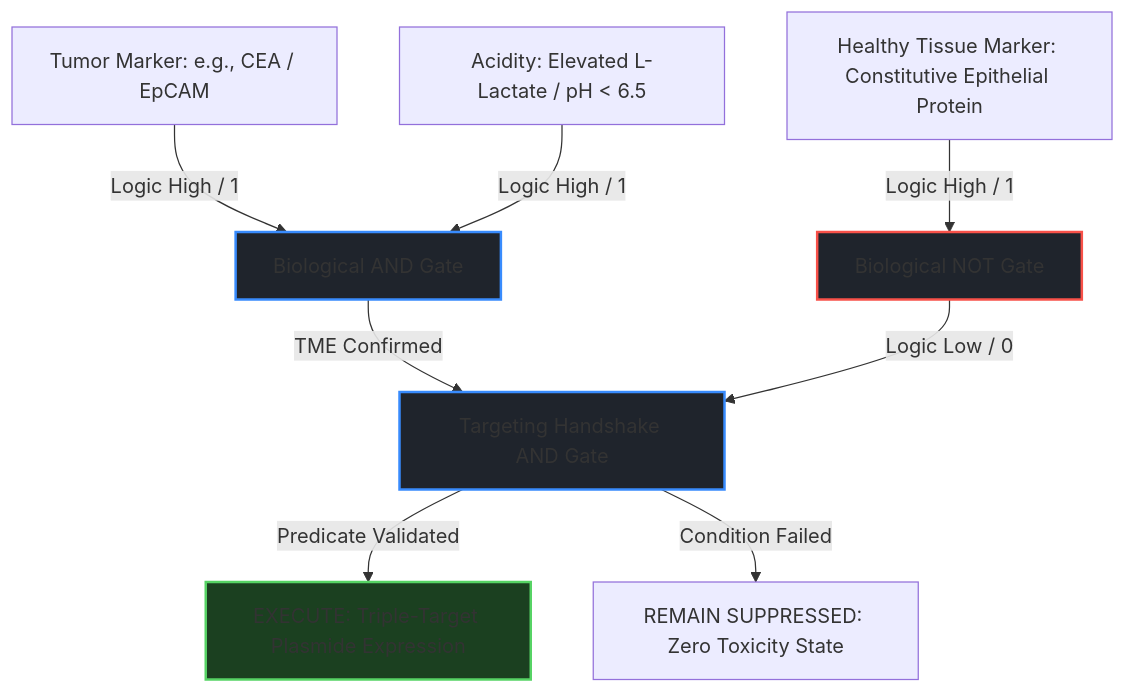
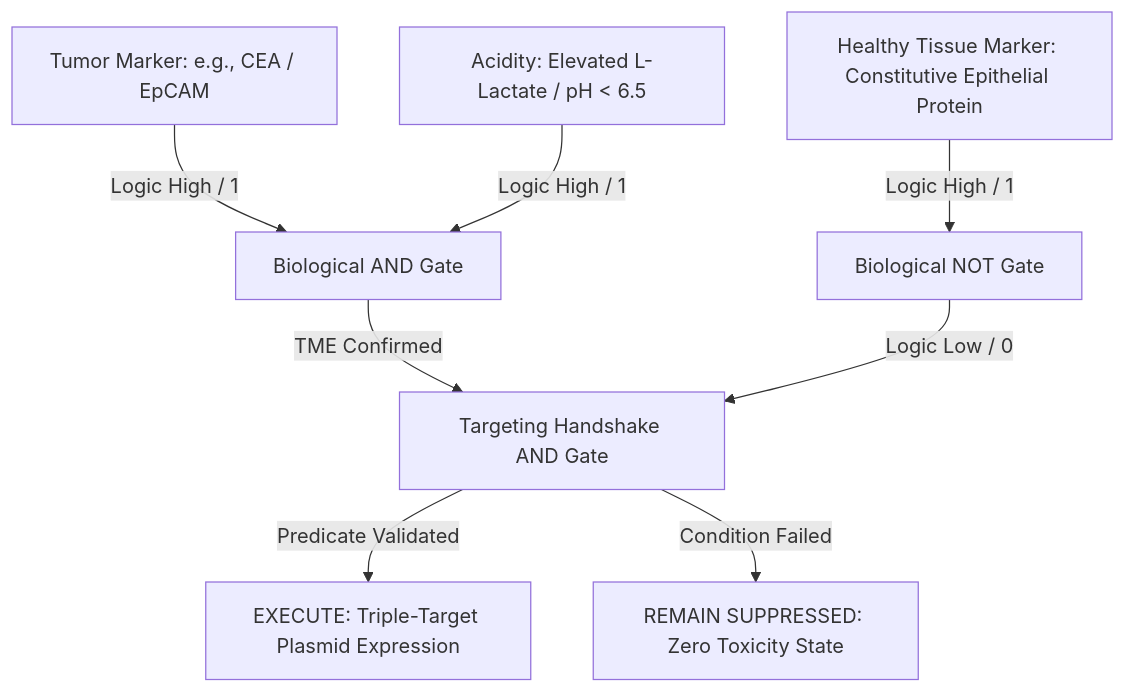
Before and after one commit to ST3PH-X/onco-target-plasmid: the diagram in README.md, drawn with Mermaid. The commit also changed other lines of this file, not shown here.

````diff
--- a/README.md
+++ b/README.md
@@ -22,22 +24,17 @@
 ```mermaid
 graph TD
     %% Input nodes
     In_A[Tumor Marker: e.g., CEA / EpCAM] -->|Logic High / 1| Gate_AND1[Biological AND Gate]
     In_B[Acidity: Elevated L-Lactate / pH < 6.5] -->|Logic High / 1| Gate_AND1
     
     %% First level gate
     Gate_AND1 -->|TME Confirmed| Gate_AND2[Targeting Handshake AND Gate]
     
     %% Healthy tissue prevention check
     In_C[Healthy Tissue Marker: Constitutive Epithelial Protein] -->|Logic High / 1| Gate_NOT[Biological NOT Gate]
     Gate_NOT -->|Logic Low / 0| Gate_AND2
     
     %% Execution block
-    Gate_AND2 -->|Predicate Validated| Out_Exec[EXECUTE: Triple-Target Plasmide Expression]
+    Gate_AND2 -->|Predicate Validated| Out_Exec[EXECUTE: Triple-Target Plasmid Expression]
     Gate_AND2 -->|Condition Failed| Out_Supp[REMAIN SUPPRESSED: Zero Toxicity State]
-
-    style Gate_AND1 fill:#1f242c,stroke:#388bfd,stroke-width:2px;
-    style Gate_AND2 fill:#1f242c,stroke:#388bfd,stroke-width:2px;
-    style Gate_NOT fill:#1f242c,stroke:#f85149,stroke-width:2px;
-    style Out_Exec fill:#1b4020,stroke:#56d364,stroke-width:2px;
 ```
````
